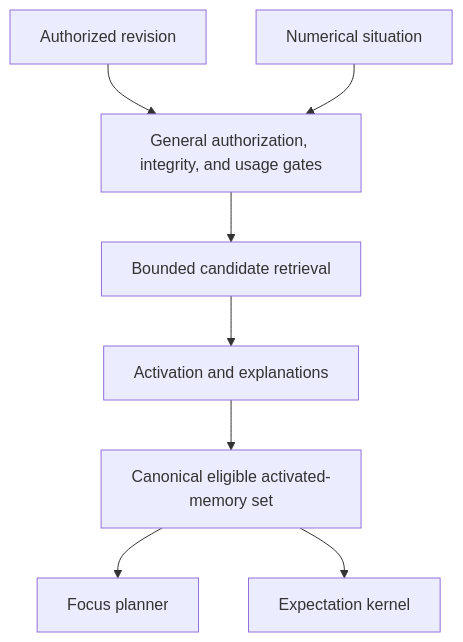
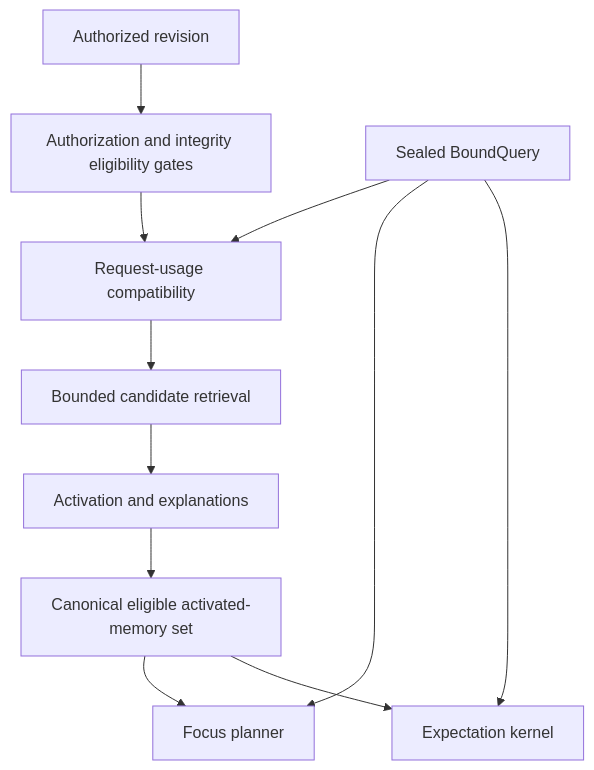
Before and after one commit to Lamentis-operating-systems/nemosyne: the second of 5 diagrams in docs/specifications/predictive-attention-and-expectation.md, drawn with Mermaid. The commit also changed other lines of this file and 8 other files, not shown here.

Commit message:
Complete the V1 architecture and delivery program

````diff
--- a/docs/specifications/predictive-attention-and-expectation.md
+++ b/docs/specifications/predictive-attention-and-expectation.md
@@ -551,10 +632,13 @@
 ```mermaid
 flowchart TD
-    R["Authorized revision"] --> G["General authorization, integrity, and usage gates"]
-    Q["Numerical situation"] --> G
-    G --> RET["Bounded candidate retrieval"]
+    R["Authorized revision"] --> G["Authorization and integrity eligibility gates"]
+    G --> U["Request-usage compatibility"]
+    Q["Sealed BoundQuery"] --> U
+    U --> RET["Bounded candidate retrieval"]
     RET --> ACT["Activation and explanations"]
     ACT --> SET["Canonical eligible activated-memory set"]
-    SET --> F["Focus planner"]
-    SET --> E["Expectation kernel"]
+    Q --> F["Focus planner"]
+    SET --> F
+    Q --> E["Expectation kernel"]
+    SET --> E
 ```
````
